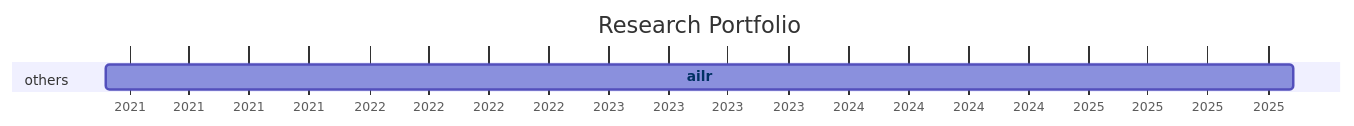
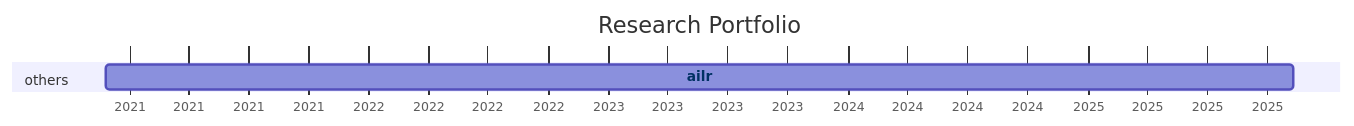
The diagram in docs/20-research/25-projects-gantt.md (digital-work-lab/handbook), drawn with Mermaid before and after one commit.

Commit message:
Update repository overview

````diff
--- a/docs/20-research/25-projects-gantt.md
+++ b/docs/20-research/25-projects-gantt.md
@@ -8,21 +8,21 @@
 ```mermaid
 ---
 displayMode: compact
 ---
 gantt
 title Research Portfolio
 dateFormat YYYY-MM-DD
 axisFormat %Y
 
     section work_practices
 
     section distributed_organizing
 
     section knowledge_synthesis
 
     section others
-        ailr :ailr, 2020-11-26, 2025-11-09
+        ailr :ailr, 2020-11-26, 2025-11-10
 
 
     click ailr href "{{ site.baseurl }}/docs/10-lab/18-resources/ailr.html"
 ```
````
